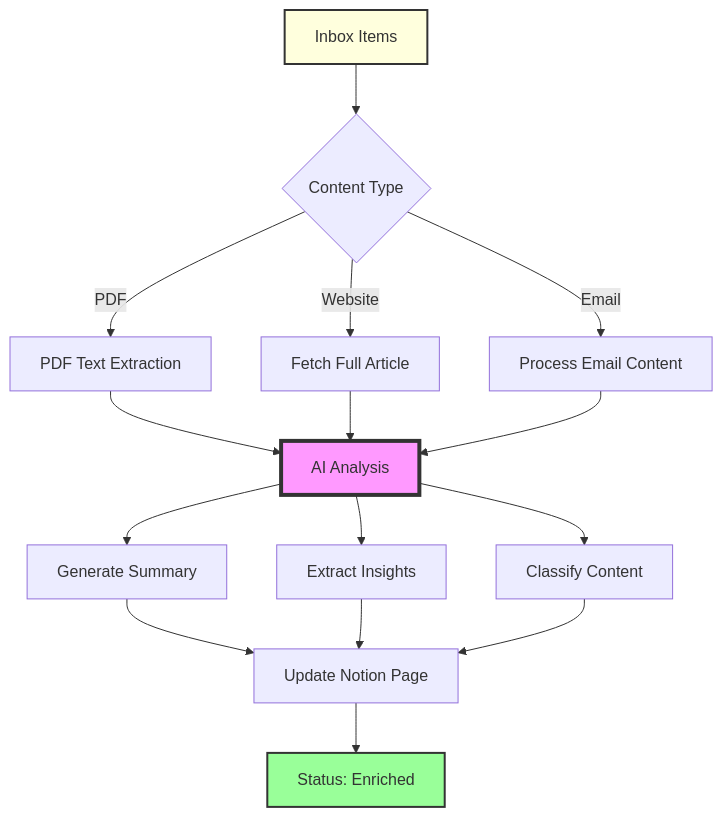
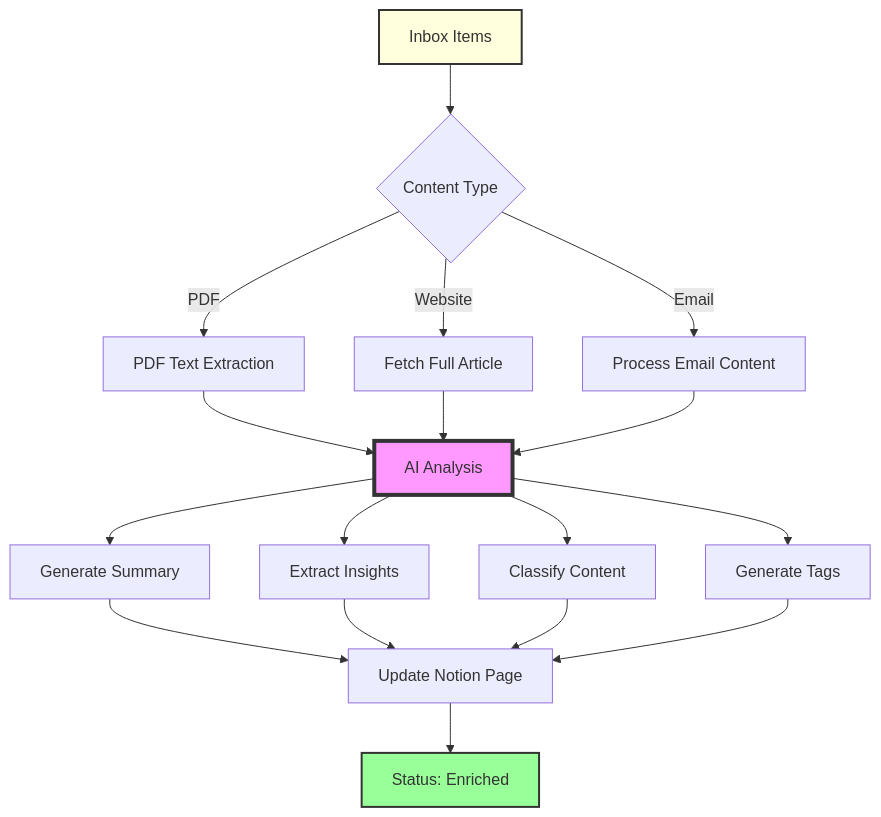
Before and after one commit to riverscornelson/knowledge-pipeline: the fifth of 8 diagrams in docs/guides/workflow-overview.md, drawn with Mermaid. The commit also changed other lines of this file and 8 other files, not shown here.

````diff
--- a/docs/guides/workflow-overview.md
+++ b/docs/guides/workflow-overview.md
@@ -120,25 +120,27 @@
 ```mermaid
 graph TB
     A[Inbox Items] --> B{Content Type}
     B -->|PDF| C[PDF Text Extraction]
     B -->|Website| D[Fetch Full Article]
     B -->|Email| E[Process Email Content]
     
     C --> F[AI Analysis]
     D --> F
     E --> F
     
     F --> G[Generate Summary]
     F --> H[Extract Insights]
     F --> I[Classify Content]
+    F --> T[Generate Tags]
     
     G --> J[Update Notion Page]
     H --> J
     I --> J
+    T --> J
     
     J --> K[Status: Enriched]
     
     style A fill:#ffd,stroke:#333,stroke-width:2px
     style F fill:#f9f,stroke:#333,stroke-width:4px
     style K fill:#9f9,stroke:#333,stroke-width:2px
 ```
````
